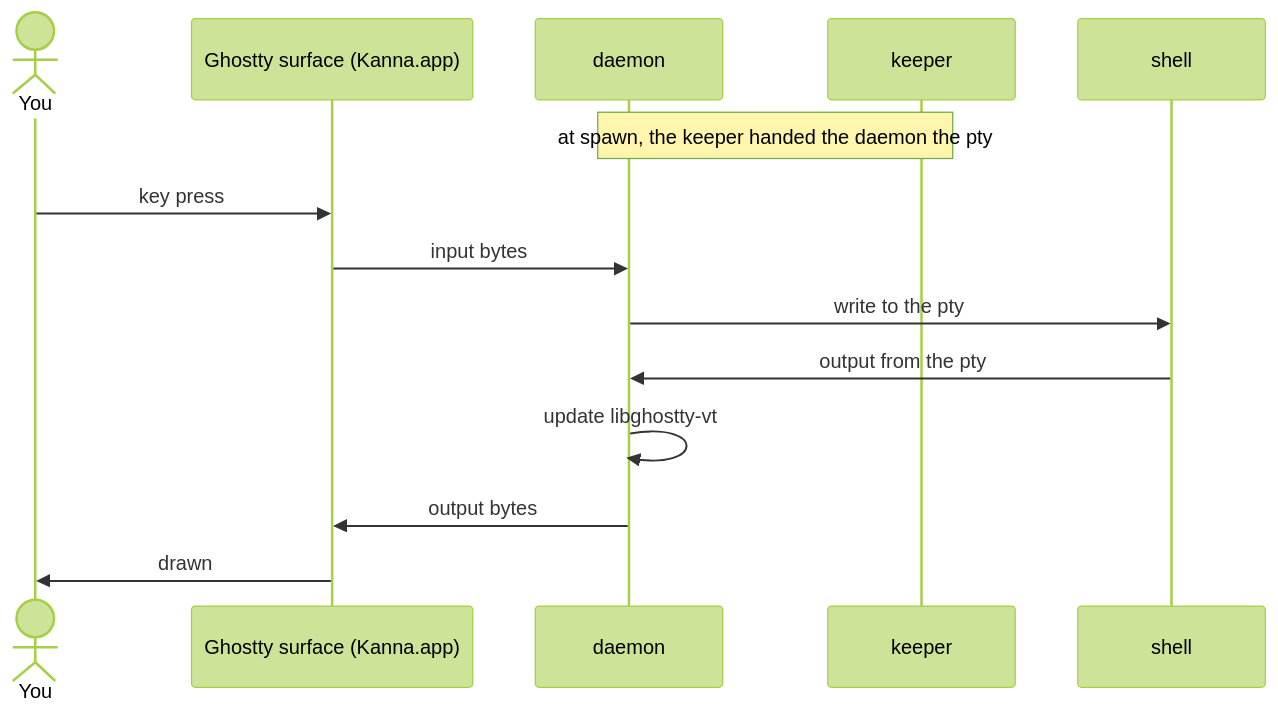
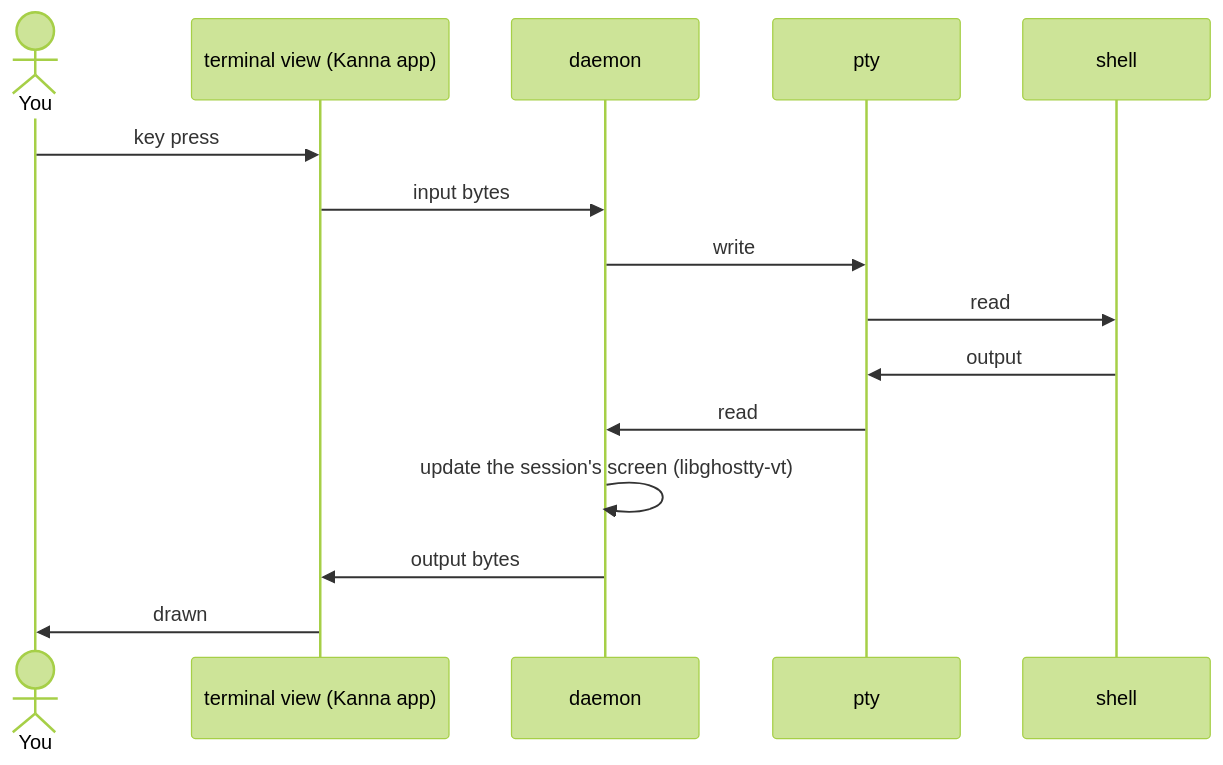
The sixth of 9 diagrams in docs/research/mux-architecture.md (jemdiggity/kanna-v4), drawn with Mermaid (forest theme) before and after one commit. The commit also changed other lines of this file, not shown here.

Commit message:
Mux architecture: kmux as libraries, the daemon owns sessions, each UI owns its arrangement, one CLI socket

````diff
--- a/docs/research/mux-architecture.md
+++ b/docs/research/mux-architecture.md
@@ -164,16 +201,17 @@
 ```mermaid
 sequenceDiagram
     actor You
-    participant G as Ghostty surface (Kanna.app)
+    participant G as terminal view (Kanna app)
     participant D as daemon
-    participant K as keeper
+    participant P as pty
     participant S as shell
-    Note over D,K: at spawn, the keeper handed the daemon the pty
     You->>G: key press
     G->>D: input bytes
-    D->>S: write to the pty
-    S->>D: output from the pty
-    D->>D: update libghostty-vt
+    D->>P: write
+    P->>S: read
+    S->>P: output
+    P->>D: read
+    D->>D: update the session's screen (libghostty-vt)
     D->>G: output bytes
     G->>You: drawn
 ```
````
